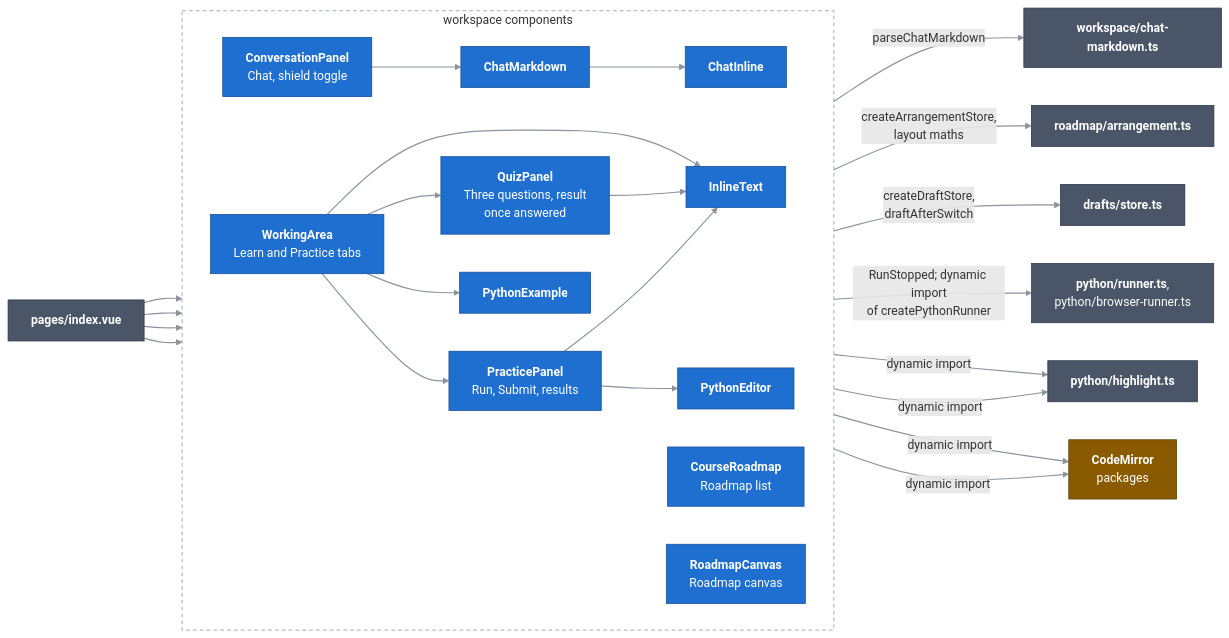
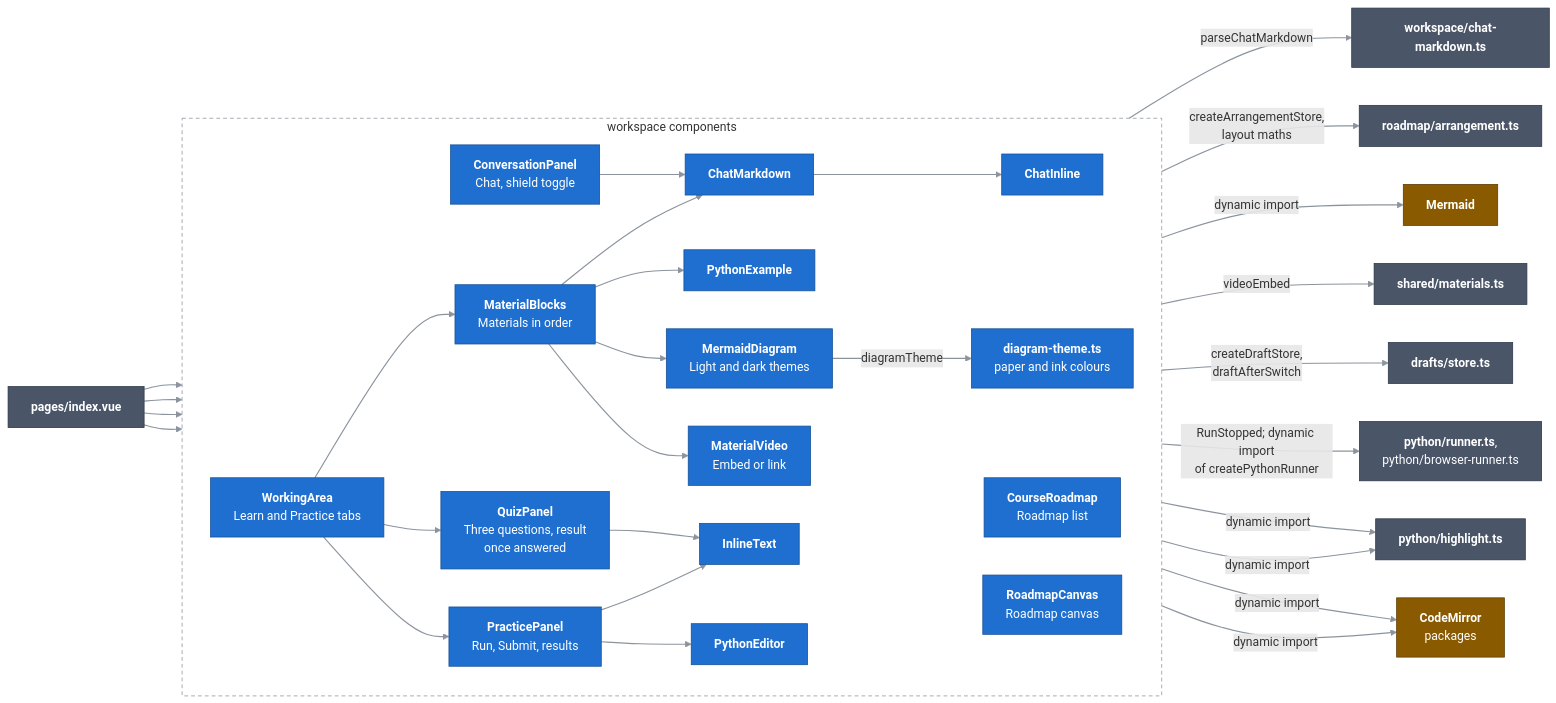
The diagram in docs/c4/03-components/web-app/02-workspace-components.md (Bill2926/COS40005_HN9_Verifiable_Co-Learner_Agent), drawn with Mermaid before and after one commit. The commit also changed other lines of this file and 20 other files, not shown here.

Commit message:
Keep a module's materials readable on a phone, including its diagram and video. (#181)

````diff
--- a/docs/c4/03-components/web-app/02-workspace-components.md
+++ b/docs/c4/03-components/web-app/02-workspace-components.md
@@ -11,55 +11,67 @@
 ```mermaid
 flowchart LR
   classDef comp fill:#1f6fd0,stroke:#164f96,color:#ffffff
   classDef near fill:#4a5568,stroke:#2d3748,color:#ffffff
   classDef ext fill:#8a5a00,stroke:#5c3c00,color:#ffffff
   linkStyle default stroke:#8b949e,stroke-width:1.5px
 
   index["<b>pages/index.vue</b>"]:::near
 
   subgraph ws["workspace components"]
     direction LR
     conv["<b>ConversationPanel</b><br/>Chat, shield toggle"]:::comp
     cm["<b>ChatMarkdown</b>"]:::comp
     ci["<b>ChatInline</b>"]:::comp
     cr["<b>CourseRoadmap</b><br/>Roadmap list"]:::comp
     rc["<b>RoadmapCanvas</b><br/>Roadmap canvas"]:::comp
     wa["<b>WorkingArea</b><br/>Learn and Practice tabs"]:::comp
+    mb["<b>MaterialBlocks</b><br/>Materials in order"]:::comp
+    mv["<b>MaterialVideo</b><br/>Embed or link"]:::comp
+    mdg["<b>MermaidDiagram</b><br/>Light and dark themes"]:::comp
+    theme["<b>diagram-theme.ts</b><br/>paper and ink colours"]:::comp
     qz["<b>QuizPanel</b><br/>Three questions, result<br/>once answered"]:::comp
     pp["<b>PracticePanel</b><br/>Run, Submit, results"]:::comp
     pe["<b>PythonEditor</b>"]:::comp
     px["<b>PythonExample</b>"]:::comp
     it["<b>InlineText</b>"]:::comp
   end
 
   chatmd["<b>workspace/chat-markdown.ts</b>"]:::near
+  mats["<b>shared/materials.ts</b>"]:::near
+  mermaidPkg["<b>Mermaid</b>"]:::ext
   arr["<b>roadmap/arrangement.ts</b>"]:::near
   drafts["<b>drafts/store.ts</b>"]:::near
   runner["<b>python/runner.ts</b>,<br/>python/browser-runner.ts"]:::near
   hl["<b>python/highlight.ts</b>"]:::near
   cmpkg["<b>CodeMirror</b><br/>packages"]:::ext
 
   index --> conv
   index --> cr
   index --> rc
   index --> wa
   conv --> cm
   cm --> ci
   cm -->|"parseChatMarkdown"| chatmd
   rc -->|"createArrangementStore,<br/>layout maths"| arr
+  wa --> mb
   wa --> pp
   wa --> qz
-  wa --> px
-  wa --> it
+  mb --> cm
+  mb --> px
+  mb --> mdg
+  mb --> mv
+  mdg -->|"diagramTheme"| theme
+  mdg -->|"dynamic import"| mermaidPkg
+  mv -->|"videoEmbed"| mats
   qz --> it
   pp --> pe
   pp --> it
   pp -->|"createDraftStore,<br/>draftAfterSwitch"| drafts
   pp -->|"RunStopped; dynamic import<br/>of createPythonRunner"| runner
   pe -->|"dynamic import"| hl
   px -->|"dynamic import"| hl
   pe -->|"dynamic import"| cmpkg
   px -->|"dynamic import"| cmpkg
 
   style ws fill:none,stroke:#8b949e,stroke-dasharray:5 4
 ```
````
